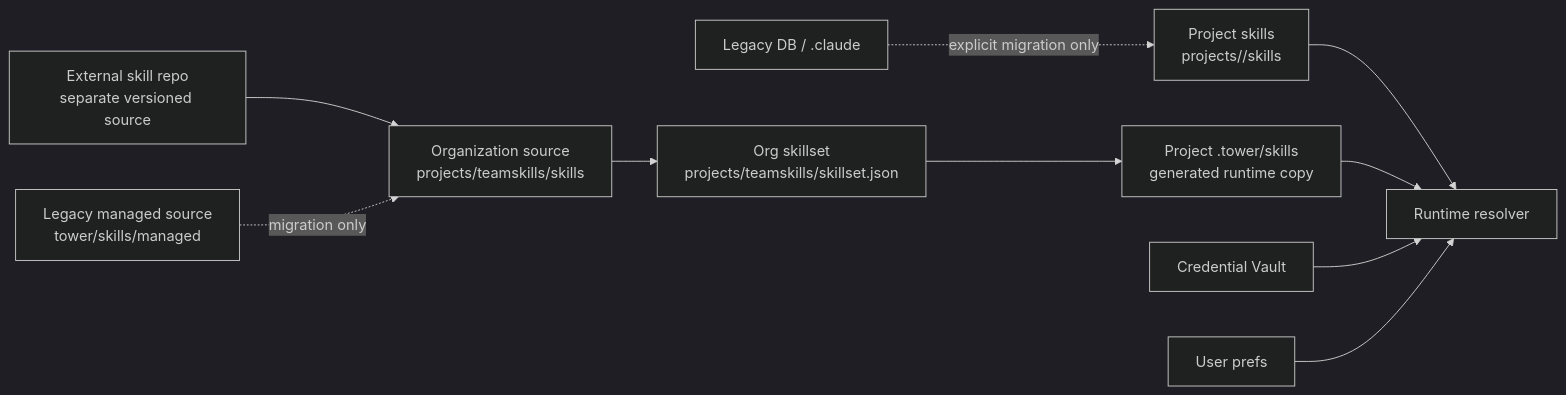
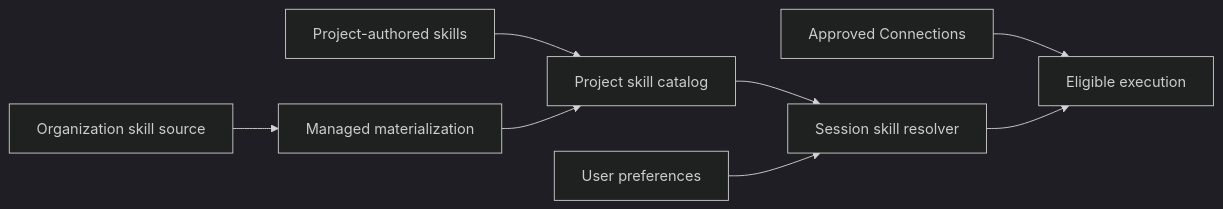
One commit to moatai-io/towersource changed the diagram in docs/tower-guide/skills.md. Above: the diagram before and after it, drawn with Mermaid (dark theme). The commit also changed other lines of this file and 194 other files, not shown here.

````diff
--- a/docs/tower-guide/skills.md
+++ b/docs/tower-guide/skills.md
@@ -11,12 +9,10 @@
 ```mermaid
 flowchart LR
-  PA["Project skills<br/>projects/<project>/skills"] --> R["Runtime resolver"]
-  EXT["External skill repo<br/>separate versioned source"] --> TS["Organization source<br/>projects/teamskills/skills"]
-  TS --> SK["Org skillset<br/>projects/teamskills/skillset.json"]
-  LEGACY["Legacy managed source<br/>tower/skills/managed"] -.->|"migration only"| TS
-  SK --> M["Project .tower/skills<br/>generated runtime copy"]
-  M --> R
-  CV["Credential Vault"] --> R
-  PREF["User prefs"] --> R
-  LEG["Legacy DB / .claude"] -.->|"explicit migration only"| PA
+    PS["Project-authored skills"] --> CAT["Project skill catalog"]
+    OS["Organization skill source"] --> MAT["Managed materialization"]
+    MAT --> CAT
+    CAT --> RES["Session skill resolver"]
+    PREF["User preferences"] --> RES
+    CONN["Approved Connections"] --> RUN["Eligible execution"]
+    RES --> RUN
 ```
````
